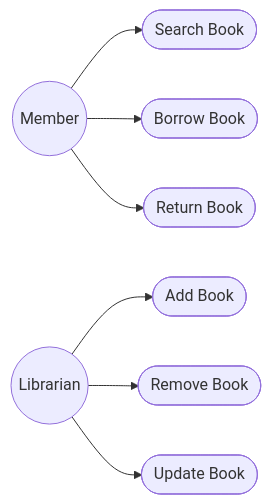
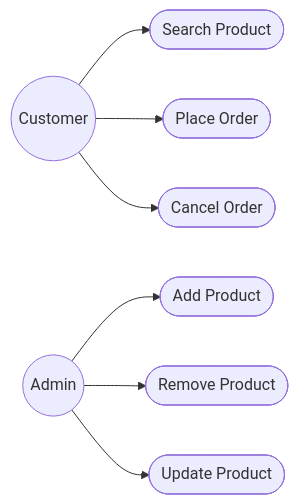
One commit to NagachandanP/python-low-level-design changed the diagram in 01_oop_foundations/02_system_modeling/docs/use_case_diagram.md. Above: the diagram before and after it, drawn with Mermaid. The commit also changed other lines of this file and 5 other files, not shown here.

Commit message:
feat(oop): complete lesson 02 - uml system modeling

````diff
--- a/01_oop_foundations/02_system_modeling/docs/use_case_diagram.md
+++ b/01_oop_foundations/02_system_modeling/docs/use_case_diagram.md
@@ -9,22 +9,22 @@
 ```mermaid
 flowchart LR
 
-Member((Member))
-Librarian((Librarian))
+Customer((Customer))
+Admin((Admin))
 
-Search([Search Book])
-Borrow([Borrow Book])
-Return([Return Book])
+Search([Search Product])
+Order([Place Order])
+Cancel([Cancel Order])
 
-Add([Add Book])
-Remove([Remove Book])
-Update([Update Book])
+Add([Add Product])
+Remove([Remove Product])
+Update([Update Product])
 
-Member --> Search
-Member --> Borrow
-Member --> Return
+Customer --> Search
+Customer --> Order
+Customer --> Cancel
 
-Librarian --> Add
-Librarian --> Remove
-Librarian --> Update
+Admin --> Add
+Admin --> Remove
+Admin --> Update
 ```
````
